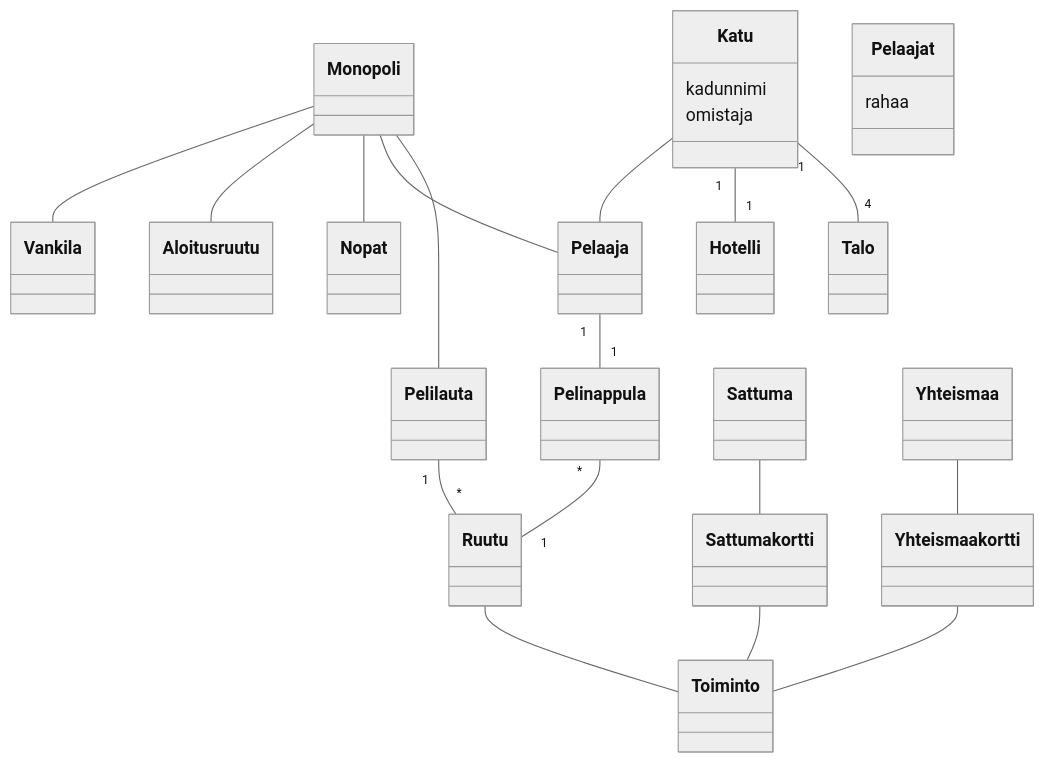
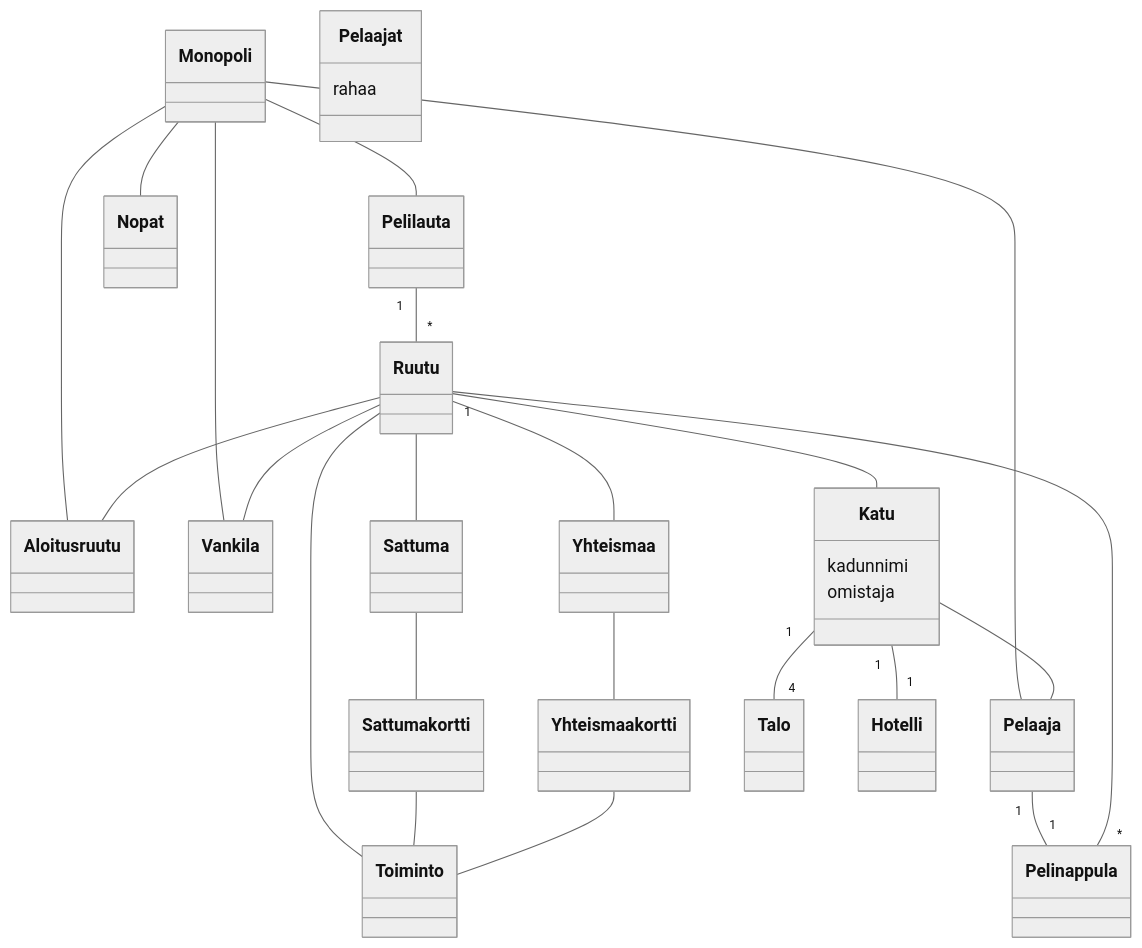
Before and after one commit to EeroAnt/ot-harjoitusty-: the diagram in laskarit/viikko3/kaavio.md, drawn with Mermaid (neutral theme).

Commit message:
luokkakaavio ver 1.15

````diff
--- a/laskarit/viikko3/kaavio.md
+++ b/laskarit/viikko3/kaavio.md
@@ -1,42 +1,47 @@
 ```mermaid
  classDiagram
       Pelilauta "1" -- "*" Ruutu
       Pelinappula "*" -- "1" Ruutu
       Pelaaja "1" -- "1" Pelinappula
       Monopoli -- Pelilauta
       Monopoli -- Pelaaja
       Monopoli -- Nopat
       Monopoli -- Aloitusruutu
       Monopoli -- Vankila
       Ruutu -- Toiminto
       Sattuma -- Sattumakortti
       Yhteismaa -- Yhteismaakortti
       Sattumakortti -- Toiminto
       Yhteismaakortti -- Toiminto
       Katu "1" -- "4" Talo
       Katu "1" -- "1" Hotelli
       Katu -- Pelaaja
+      Ruutu -- Aloitusruutu
+      Ruutu -- Vankila
+      Ruutu -- Sattuma
+      Ruutu -- Katu
+      Ruutu -- Yhteismaa
       class Monopoli
       class Pelilauta
       class Ruutu
       class Pelinappula
       class Pelaajat{
           rahaa
       }
       class Nopat
       class Aloitusruutu
       class Vankila
       Class Sattuma
       Class Yhteismaa
       Class Asema
       Class Laitos
       class Katu{
           kadunnimi
           omistaja
       }
       Class Sattumakortti
       Class Yhteismaakortti
       Class Toiminto
       Class Talo
       Class Hotelli
 ```
````
